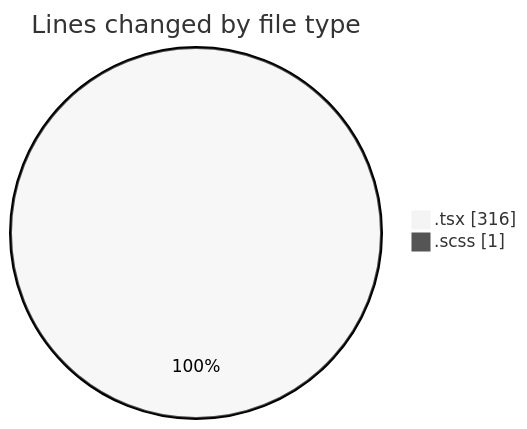
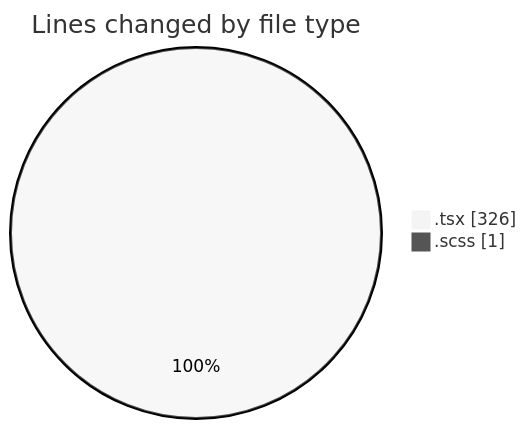
The first of 2 diagrams in 2025-03-19/cda/README.md (momahboobian/code-tracking), drawn with Mermaid (neutral theme) before and after one commit. The commit also changed other lines of this file and 1 other file, not shown here.

````diff
--- a/2025-03-19/cda/README.md
+++ b/2025-03-19/cda/README.md
@@ -23,6 +23,6 @@
 ```mermaid
 pie showData
 title Lines changed by file type
-".tsx" : 316
+".tsx" : 326
 ".scss" : 1
 ```
````
